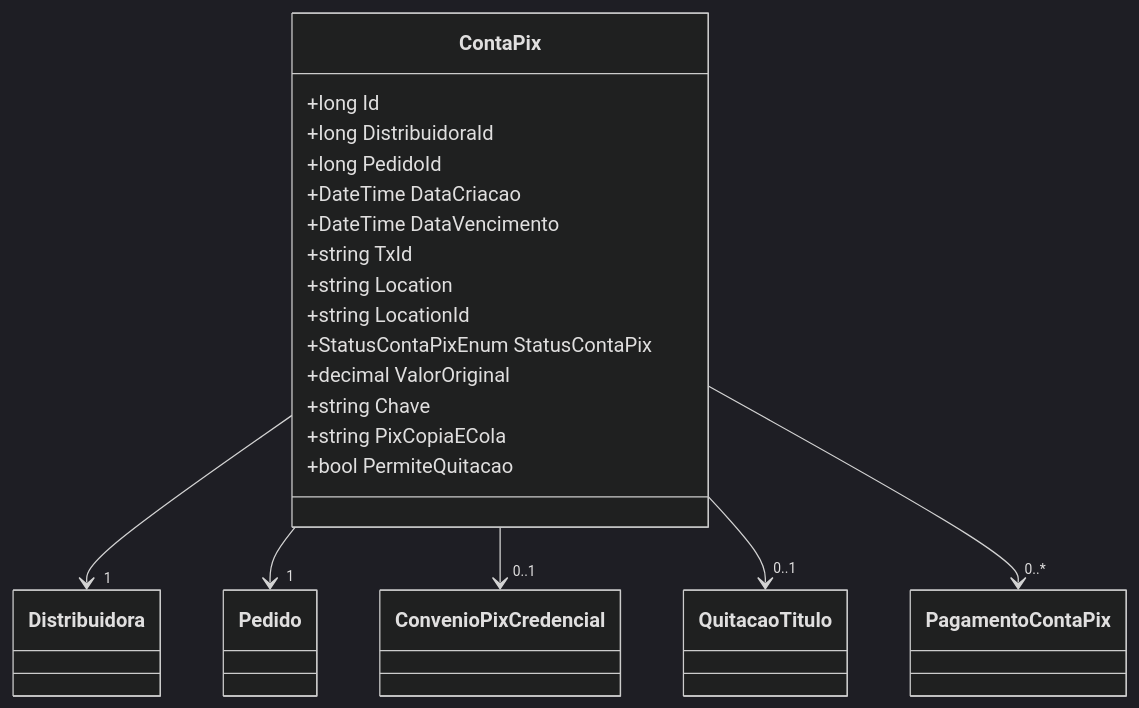
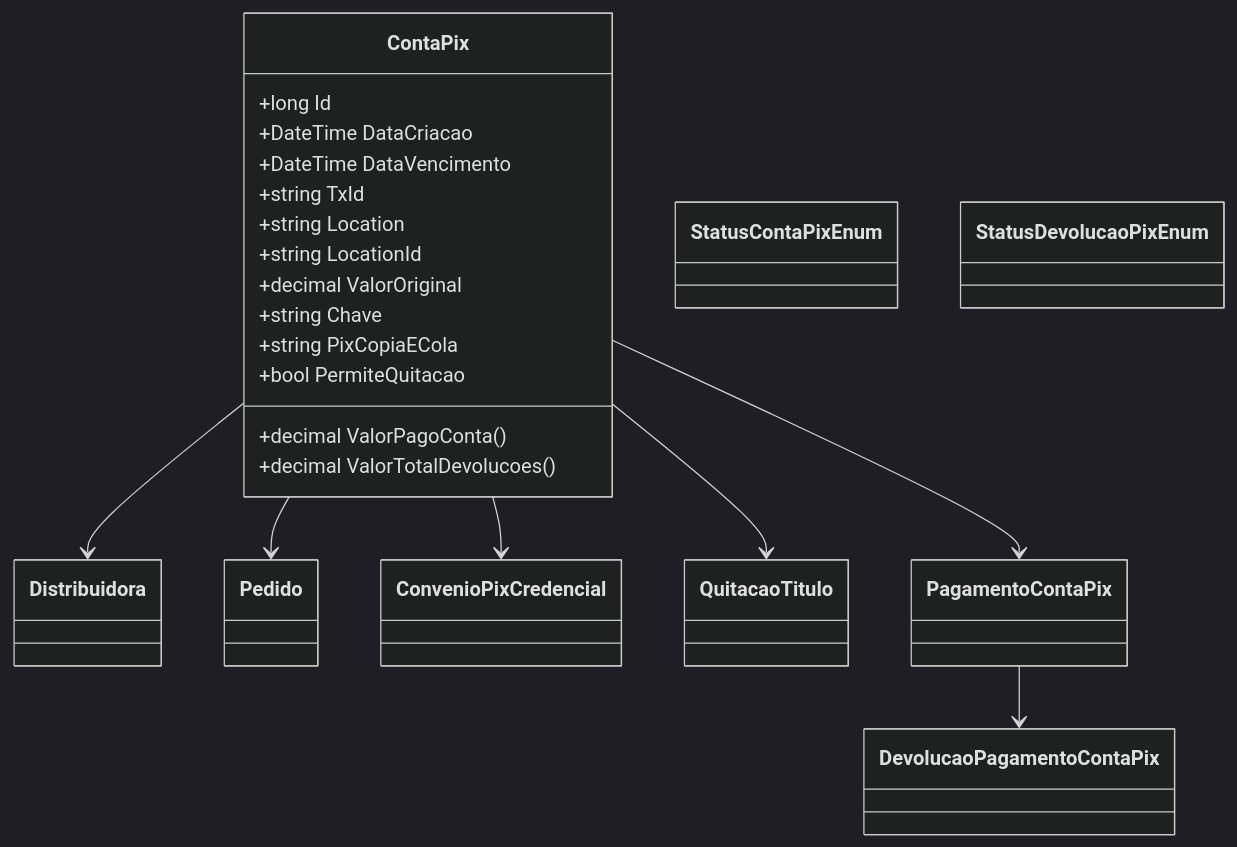
One commit to IsthmusSistemas/documentacao-tecnica changed the second of 2 diagrams in docs/b2b-dominio/IsthmusWinthor.Nucleo/IsthmusWinthor.Dominio/Entidades/ContaPix.md. Above: the diagram before and after it, drawn with Mermaid (dark theme). The commit also changed other lines of this file and 882 other files, not shown here.

````diff
--- a/docs/b2b-dominio/IsthmusWinthor.Nucleo/IsthmusWinthor.Dominio/Entidades/ContaPix.md
+++ b/docs/b2b-dominio/IsthmusWinthor.Nucleo/IsthmusWinthor.Dominio/Entidades/ContaPix.md
@@ -69,24 +59,33 @@
 ```mermaid
 classDiagram
     class ContaPix {
         +long Id
-        +long DistribuidoraId
-        +long PedidoId
         +DateTime DataCriacao
         +DateTime DataVencimento
         +string TxId
         +string Location
         +string LocationId
-        +StatusContaPixEnum StatusContaPix
         +decimal ValorOriginal
         +string Chave
         +string PixCopiaECola
         +bool PermiteQuitacao
+        +decimal ValorPagoConta()
+        +decimal ValorTotalDevolucoes()
     }
+    
+    class Distribuidora
+    class Pedido
+    class ConvenioPixCredencial
+    class QuitacaoTitulo
+    class PagamentoContaPix
+    class DevolucaoPagamentoContaPix
+    class StatusContaPixEnum
+    class StatusDevolucaoPixEnum
 
-    ContaPix --> "1" Distribuidora
-    ContaPix --> "1" Pedido
-    ContaPix --> "0..1" ConvenioPixCredencial
-    ContaPix --> "0..1" QuitacaoTitulo
-    ContaPix --> "0..*" PagamentoContaPix
+    ContaPix --> Distribuidora
+    ContaPix --> Pedido
+    ContaPix --> ConvenioPixCredencial
+    ContaPix --> QuitacaoTitulo
+    ContaPix --> PagamentoContaPix
+    PagamentoContaPix --> DevolucaoPagamentoContaPix
 ```
````
